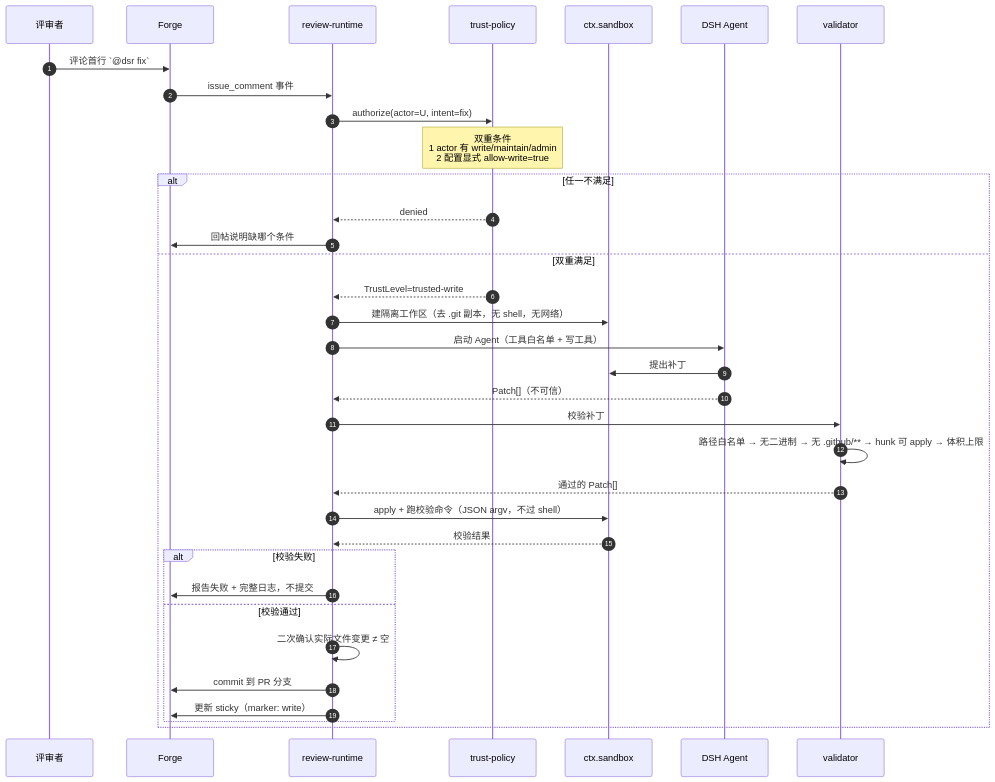
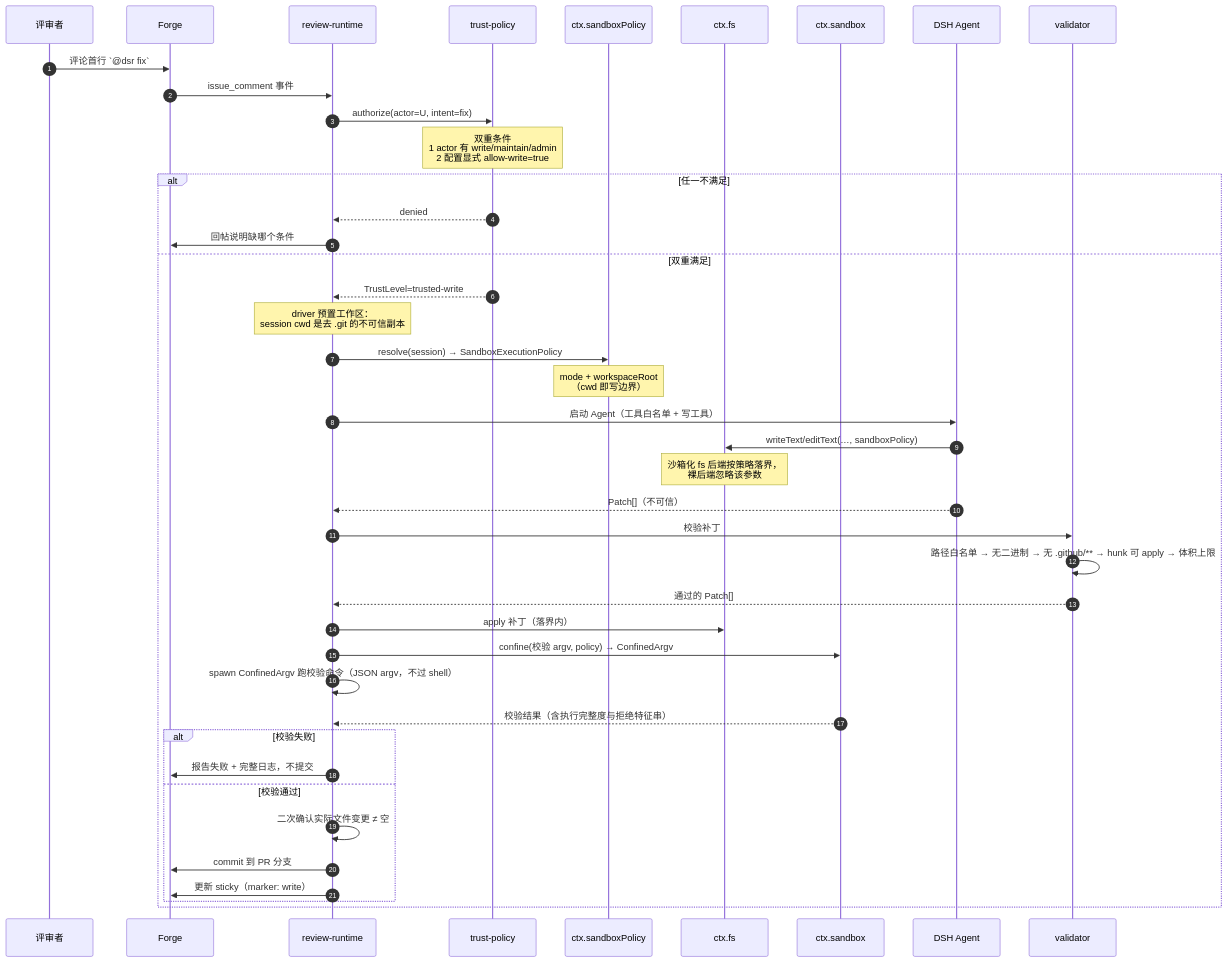
The third of 5 diagrams in docs/03-review-pipeline.md (chaojixinren/dsh-reviewer-bot), drawn with Mermaid before and after one commit. The commit also changed other lines of this file and 10 other files, not shown here.

````diff
--- a/docs/03-review-pipeline.md
+++ b/docs/03-review-pipeline.md
@@ -78,38 +78,45 @@
 ```mermaid
 sequenceDiagram
     autonumber
     participant U as 评审者
     participant F as Forge
     participant R as review-runtime
     participant T as trust-policy
-    participant S as ctx.sandbox
+    participant P as ctx.sandboxPolicy
+    participant FS as ctx.fs
+    participant SB as ctx.sandbox
     participant A as DSH Agent
     participant V as validator
 
     U->>F: 评论首行 `@dsr fix`
     F->>R: issue_comment 事件
     R->>T: authorize(actor=U, intent=fix)
     Note over T: 双重条件<br/>1 actor 有 write/maintain/admin<br/>2 配置显式 allow-write=true
     alt 任一不满足
         T-->>R: denied
         R->>F: 回帖说明缺哪个条件
     else 双重满足
         T-->>R: TrustLevel=trusted-write
-        R->>S: 建隔离工作区（去 .git 副本，无 shell，无网络）
+        Note over R: driver 预置工作区：<br/>session cwd 是去 .git 的不可信副本
+        R->>P: resolve(session) → SandboxExecutionPolicy
+        Note over P: mode + workspaceRoot<br/>（cwd 即写边界）
         R->>A: 启动 Agent（工具白名单 + 写工具）
-        A->>S: 提出补丁
+        A->>FS: writeText/editText(…, sandboxPolicy)
+        Note over FS: 沙箱化 fs 后端按策略落界，<br/>裸后端忽略该参数
         A-->>R: Patch[]（不可信）
         R->>V: 校验补丁
         V->>V: 路径白名单 → 无二进制 → 无 .github/** → hunk 可 apply → 体积上限
         V-->>R: 通过的 Patch[]
-        R->>S: apply + 跑校验命令（JSON argv，不过 shell）
-        S-->>R: 校验结果
+        R->>FS: apply 补丁（落界内）
+        R->>SB: confine(校验 argv, policy) → ConfinedArgv
+        R->>R: spawn ConfinedArgv 跑校验命令（JSON argv，不过 shell）
+        SB-->>R: 校验结果（含执行完整度与拒绝特征串）
         alt 校验失败
             R->>F: 报告失败 + 完整日志，不提交
         else 校验通过
             R->>R: 二次确认实际文件变更 ≠ 空
             R->>F: commit 到 PR 分支
             R->>F: 更新 sticky（marker: write）
         end
     end
 ```
````
